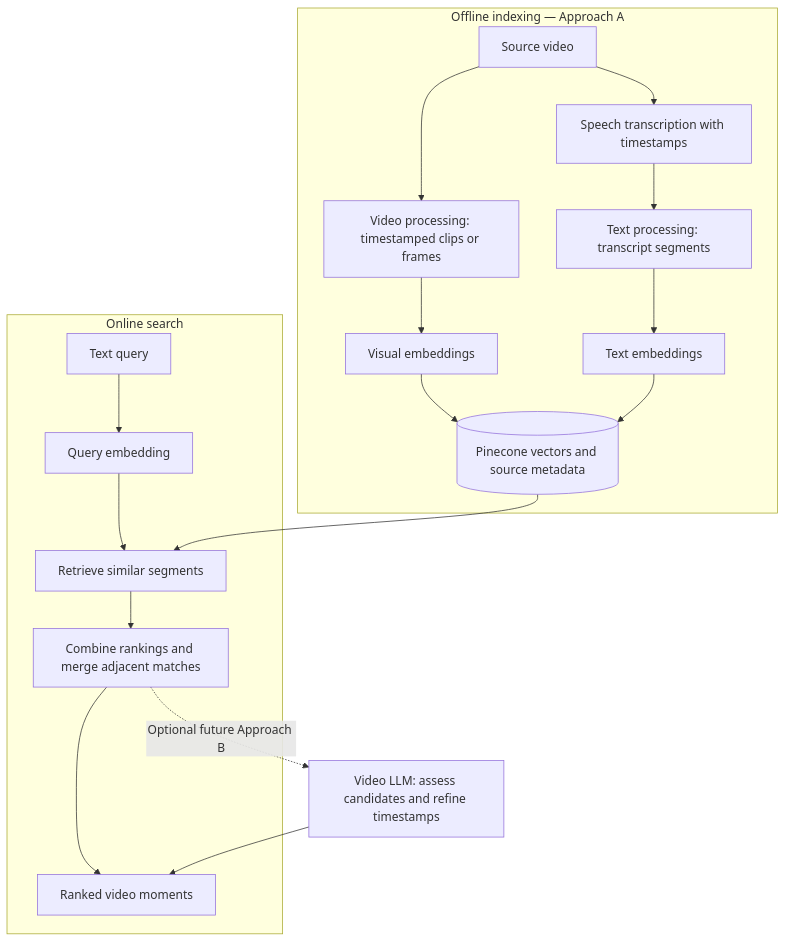
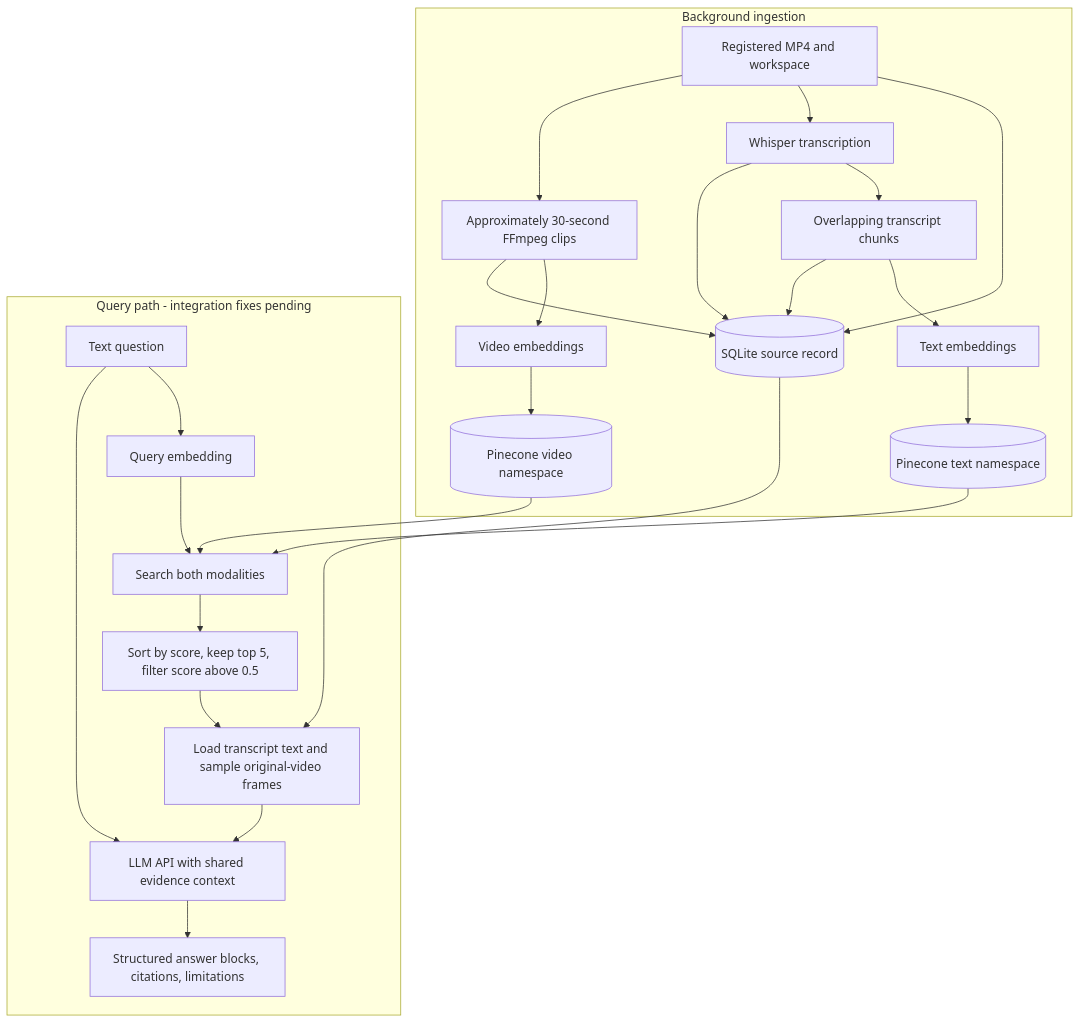
One commit to keimomo/Multimodal-Content-Retrival- changed the diagram in README.md. Above: the diagram before and after it, drawn with Mermaid. The commit also changed other lines of this file and 10 other files, not shown here.

````diff
--- a/README.md
+++ b/README.md
@@ -34,23 +22,29 @@
 ```mermaid
 flowchart TD
-    subgraph Indexing[Offline indexing — Approach A]
-        V[Source video] --> VP[Video processing: timestamped clips or frames]
-        V --> ST[Speech transcription with timestamps]
-        ST --> TP[Text processing: transcript segments]
-        VP --> VE[Visual embeddings]
-        TP --> TE[Text embeddings]
-        VE --> DB[(Pinecone vectors and source metadata)]
-        TE --> DB
+    subgraph Indexing[Background ingestion]
+        V[Registered MP4 and workspace] --> S[(SQLite source record)]
+        V --> W[Whisper transcription]
+        W --> T[Overlapping transcript chunks]
+        T --> TE[Text embeddings]
+        V --> C[Approximately 30-second FFmpeg clips]
+        C --> VE[Video embeddings]
+        W --> S
+        T --> S
+        C --> S
+        TE --> PT[(Pinecone text namespace)]
+        VE --> PV[(Pinecone video namespace)]
     end
 
-    subgraph Search[Online search]
-        Q[Text query] --> QE[Query embedding]
-        QE --> R[Retrieve similar segments]
-        DB --> R
-        R --> M[Combine rankings and merge adjacent matches]
-        M --> O[Ranked video moments]
+    subgraph Search[Query path - integration fixes pending]
+        Q[Text question] --> QE[Query embedding]
+        QE --> R[Search both modalities]
+        PT --> R
+        PV --> R
+        R --> H[Sort by score, keep top 5, filter score above 0.5]
+        H --> E[Load transcript text and sample original-video frames]
+        S --> E
+        E --> L[LLM API with shared evidence context]
+        Q --> L
+        L --> O[Structured answer blocks, citations, limitations]
     end
-
-    M -. Optional future Approach B .-> B[Video LLM: assess candidates and refine timestamps]
-    B --> O
 ```
````
